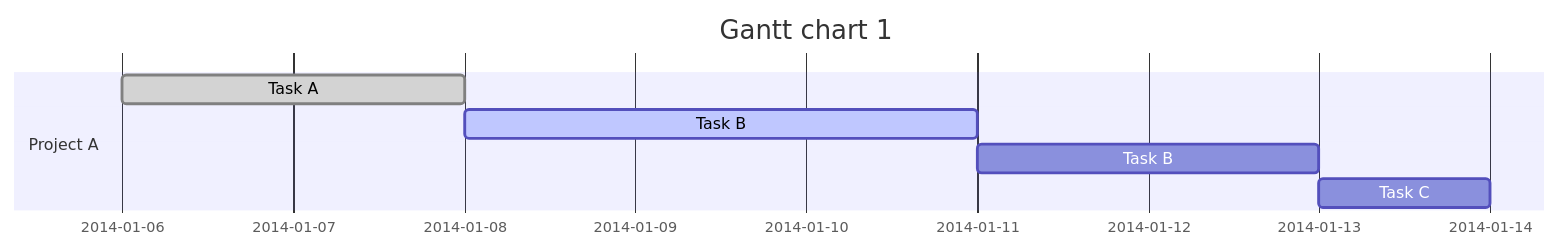
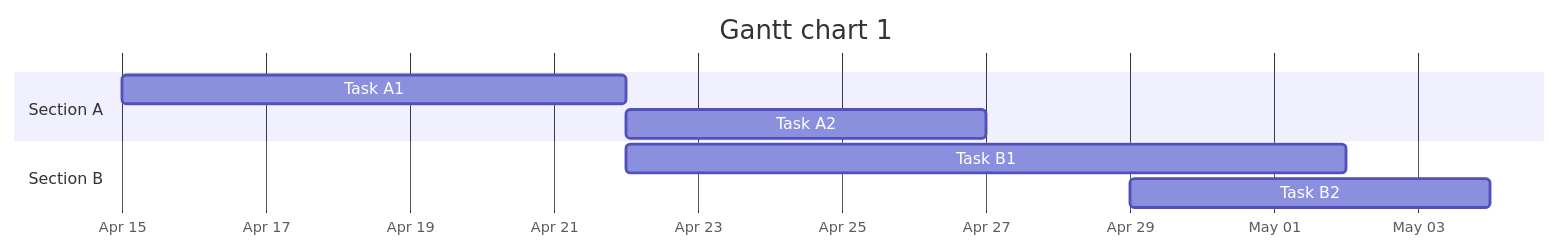
One commit to zluvsand/mermaid changed the fifth of 6 diagrams in README.md. Above: the diagram before and after it, drawn with Mermaid. The commit also changed other lines of this file, not shown here.

Commit message:
Update gantt charts

````diff
--- a/README.md
+++ b/README.md
@@ -48,10 +48,12 @@
 ```mermaid
-gantt
+gantt 
     title Gantt chart 1
     dateFormat YYYY-MM-DD
-    section Project A
-    Task A: done, task1, 2014-01-06,2014-01-08
-    Task B:active,  task2, after task1, 3d
-    Task B: task3, after task2, 2d
-    Task C: task4, after task3, 1d
+    axisFormat %b %d
+    section Section A
+        Task A1: a1, 2024-04-15, 7d
+        Task A2: after a1, 5d
+    section Section B
+        Task B1: 2024-04-22, 2024-05-02
+        Task B2: 2024-04-29, 5d
 ```
````
